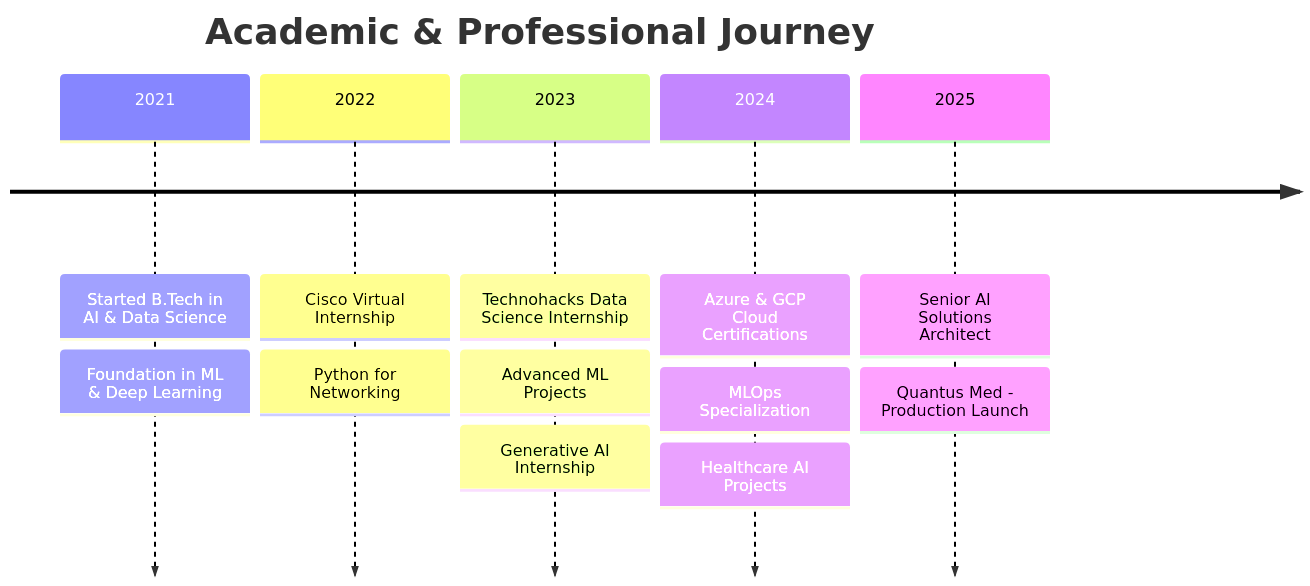
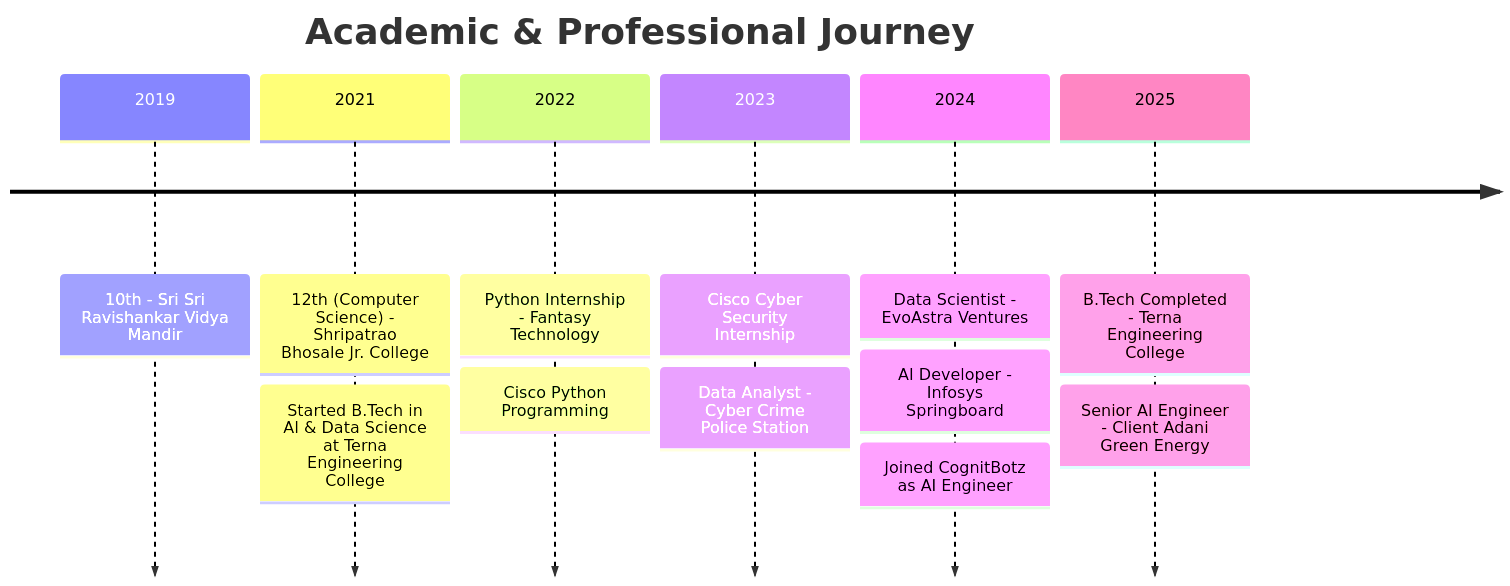
Before and after one commit to abhishekmane6122/abhishekmane6122: the second of 3 diagrams in README.md, drawn with Mermaid. The commit also changed other lines of this file, not shown here.

````diff
--- a/README.md
+++ b/README.md
@@ -509,16 +306,16 @@
 ```mermaid
 timeline
     title Academic & Professional Journey
-    2021 : Started B.Tech in AI & Data Science
-         : Foundation in ML & Deep Learning
-    2022 : Cisco Virtual Internship
-         : Python for Networking
-    2023 : Technohacks Data Science Internship
-         : Advanced ML Projects
-         : Generative AI Internship
-    2024 : Azure & GCP Cloud Certifications
-         : MLOps Specialization
-         : Healthcare AI Projects
-    2025 : Senior AI Solutions Architect
-         : Quantus Med - Production Launch
+    2019 : 10th - Sri Sri Ravishankar Vidya Mandir
+    2021 : 12th (Computer Science) - Shripatrao Bhosale Jr. College
+         : Started B.Tech in AI & Data Science at Terna Engineering College
+    2022 : Python Internship - Fantasy Technology
+         : Cisco Python Programming
+    2023 : Cisco Cyber Security Internship
+         : Data Analyst - Cyber Crime Police Station
+    2024 : Data Scientist - EvoAstra Ventures
+         : AI Developer - Infosys Springboard
+         : Joined CognitBotz as AI Engineer
+    2025 : B.Tech Completed - Terna Engineering College
+         : Senior AI Engineer - Client Adani Green Energy
 ```
````
